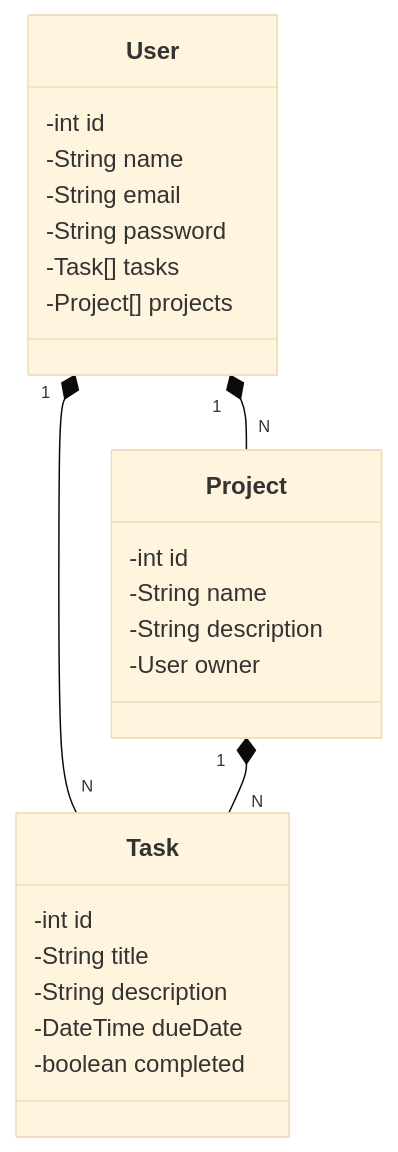
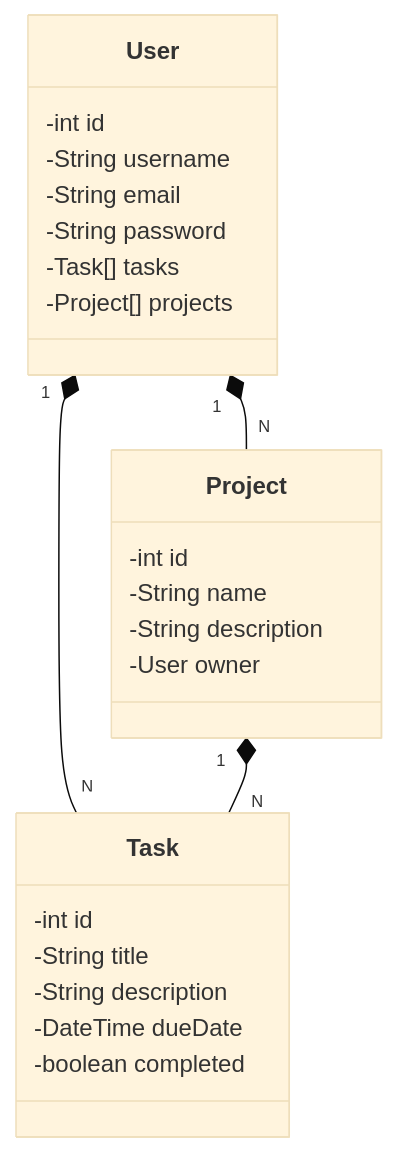
Before and after one commit to Manoel-DJS/Web-TD-List: the diagram in README.md, drawn with Mermaid (base theme). The commit also changed 1 other file, not shown here.

````diff
--- a/README.md
+++ b/README.md
@@ -42,31 +42,31 @@
 ```mermaid
 classDiagram
     class User {
         -int id
-        -String name
+        -String username
         -String email
         -String password
         -Task[] tasks
         -Project[] projects
     }
 
     class Task {
         -int id
         -String title
         -String description
         -DateTime dueDate
         -boolean completed
 
     }
 
     class Project {
         -int id
         -String name
         -String description
         -User owner
     }
 
     User "1" *-- "N" Task
     User "1" *-- "N" Project
     Project "1" *-- "N" Task
 ```
````
